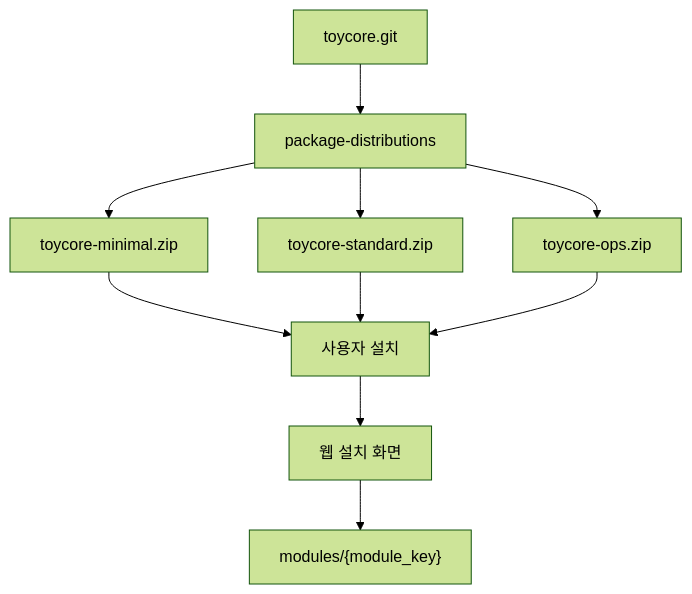
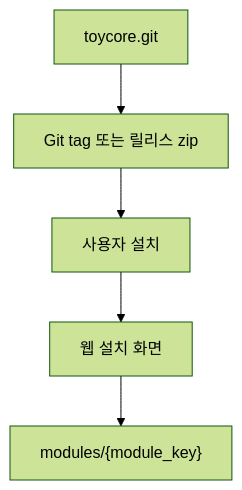
One commit to whitedot/saanraan changed the diagram in docs/deployment-examples.md. Above: the diagram before and after it, drawn with Mermaid (forest theme). The commit also changed other lines of this file and 22 other files, not shown here.

````diff
--- a/docs/deployment-examples.md
+++ b/docs/deployment-examples.md
@@ -63,12 +34,7 @@
 ```mermaid
 flowchart TD
-    repo["toycore.git"] --> package["package-distributions"]
-    package --> minimal["toycore-minimal.zip"]
-    package --> standard["toycore-standard.zip"]
-    package --> ops["toycore-ops.zip"]
-    minimal --> user["사용자 설치"]
-    standard --> user
-    ops --> user
+    repo["toycore.git"] --> release["Git tag 또는 릴리스 zip"]
+    release --> user["사용자 설치"]
     user --> install["웹 설치 화면"]
     install --> modules["modules/{module_key}"]
 ```
````
